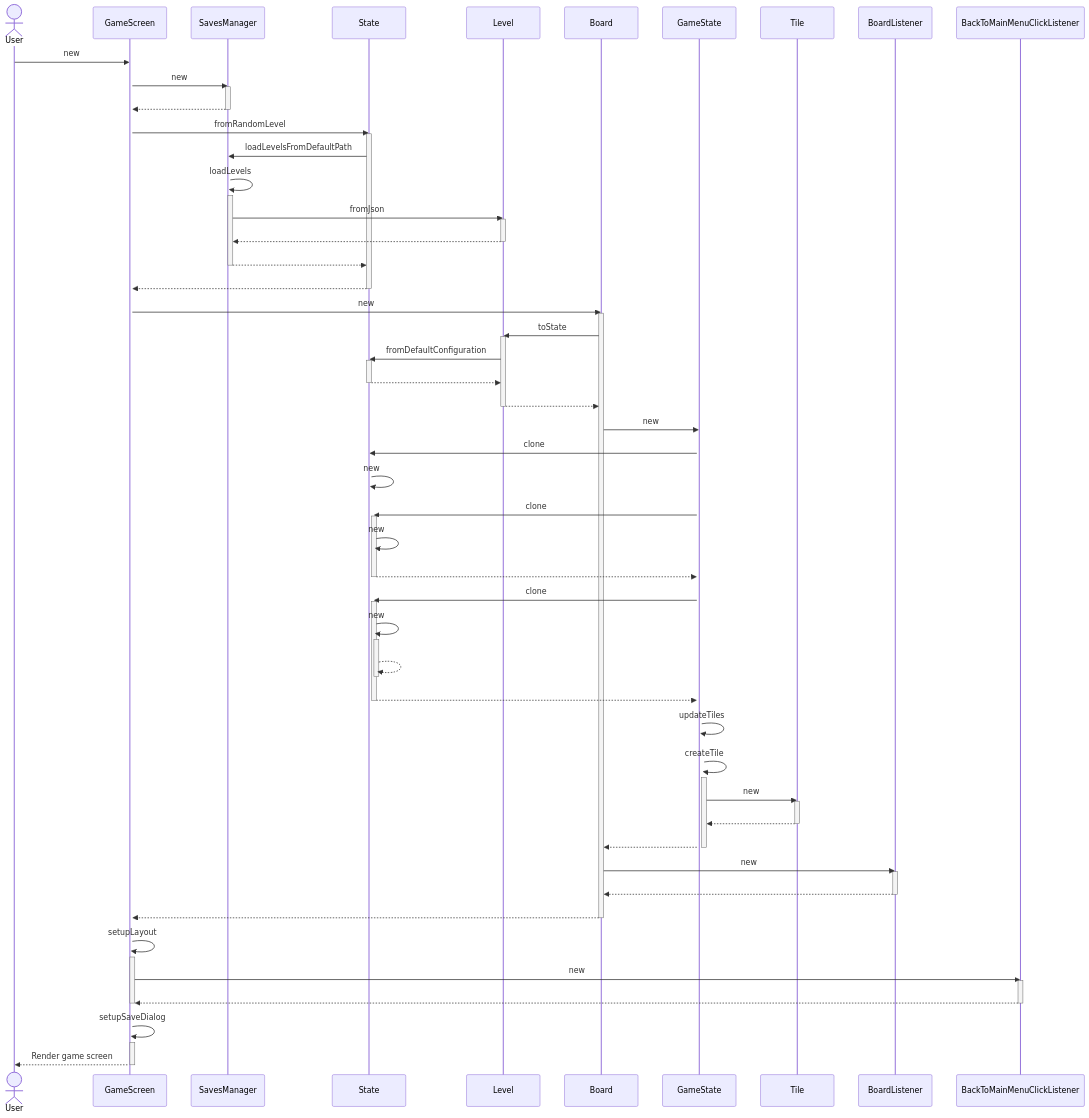
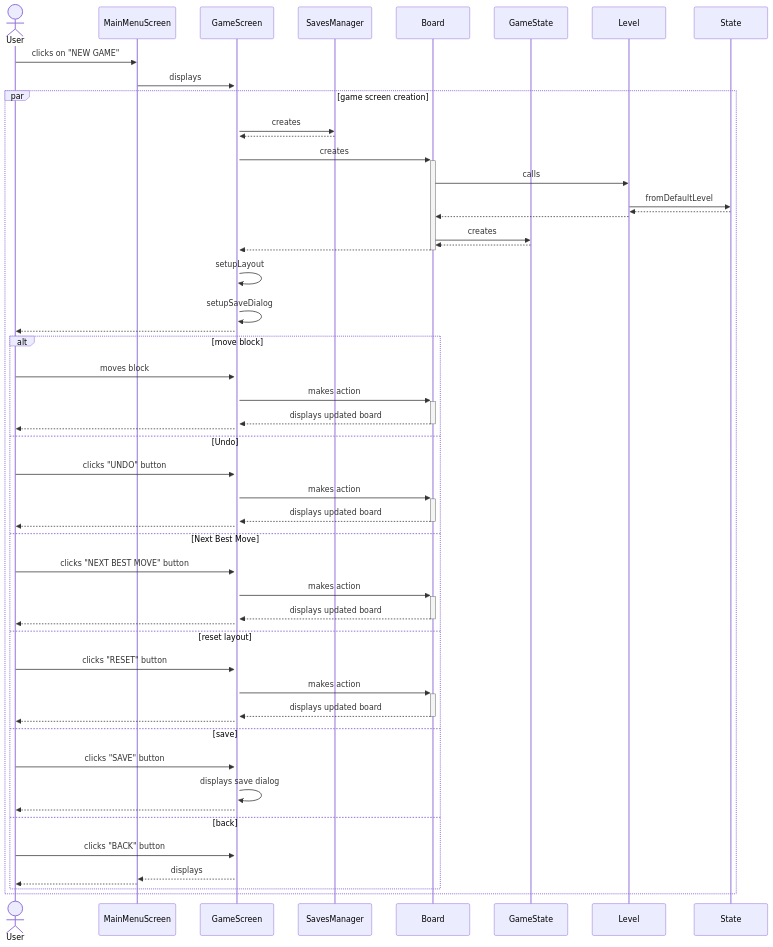
The sixth of 14 diagrams in docs/sequence_diagram/index.md (BIRSAx2/klotski), drawn with Mermaid before and after one commit. The commit also changed other lines of this file, not shown here.

Commit message:
Working on documentation

````diff
--- a/docs/sequence_diagram/index.md
+++ b/docs/sequence_diagram/index.md
@@ -194,84 +194,66 @@
 ```mermaid
 sequenceDiagram
-actor User
-User ->> GameScreen : new
-activate GameScreen
-GameScreen ->> SavesManager : new
-activate SavesManager
-SavesManager -->> GameScreen : #32; 
-deactivate SavesManager
-GameScreen ->> State : fromRandomLevel
-activate State
-State ->> SavesManager : loadLevelsFromDefaultPath
-activate SavesManager
-SavesManager ->> SavesManager : loadLevels
-activate SavesManager
-SavesManager ->> Level : fromJson
-activate Level
-Level -->> SavesManager : #32; 
-deactivate Level
-SavesManager -->> State : #32; 
-deactivate SavesManager
-State -->> GameScreen : #32; 
-deactivate State
-GameScreen ->> Board : new
-activate Board
-Board ->> Level : toState
-activate Level
-Level ->> State : fromDefaultConfiguration
-activate State
-State -->> Level : #32; 
-deactivate State
-Level -->> Board : #32; 
-deactivate Level
-Board ->> GameState : new
-activate GameState
-GameState ->> State : clone
-activate State
-State ->> State : new
-activate State
-GameState ->> State : clone
-activate State
-State ->> State : new
-State -->> GameState : #32; 
-deactivate State
-GameState ->> State : clone
-activate State
-State ->> State : new
-activate State
-State -->> State : #32; 
-deactivate State
-State -->> GameState : #32; 
-deactivate State
-GameState ->> GameState : updateTiles
-activate GameState
-GameState ->> GameState : createTile
-activate GameState
-GameState ->> Tile : new
-activate Tile
-Tile -->> GameState : #32; 
-deactivate Tile
-GameState -->> Board : #32; 
-deactivate GameState
-Board ->> BoardListener : new
-activate BoardListener
-BoardListener -->> Board : #32; 
-deactivate BoardListener
+    actor User
+    participant MainMenuScreen
+    participant GameScreen
+    participant SavesManager
+    participant Board
+    participant GameState
+    participant Level
+    participant State
 
-Board -->> GameScreen : #32; 
-deactivate Board
-GameScreen ->> GameScreen : setupLayout
-activate GameScreen
+    User ->> MainMenuScreen: clicks on "NEW GAME"
+    MainMenuScreen ->>+ GameScreen: displays 
 
-GameScreen ->> BackToMainMenuClickListener : new
-activate BackToMainMenuClickListener
-BackToMainMenuClickListener -->> GameScreen : #32; 
-deactivate BackToMainMenuClickListener
 
-deactivate GameScreen
-GameScreen ->> GameScreen : setupSaveDialog
-activate GameScreen
+    par game screen creation
 
-GameScreen -->> User: Render game screen
-deactivate GameScreen
+        GameScreen ->> SavesManager : creates
+        SavesManager -->> GameScreen : 
+
+        GameScreen ->>+ Board : creates
+        Board ->> Level: calls
+        Level ->> State: fromDefaultLevel
+        State -->> Level: 
+        Level -->> Board: 
+        Board ->> GameState: creates
+        GameState -->> Board: 
+        Board -->>- GameScreen: 
+
+        GameScreen->>GameScreen: setupLayout
+        
+        GameScreen->>GameScreen: setupSaveDialog
+
+        GameScreen -->> User: 
+
+        alt move block
+            User ->> GameScreen: moves block
+            GameScreen ->>+ Board: makes action
+            Board -->>- GameScreen: displays updated board
+            GameScreen -->> User: 
+        else Undo
+            User ->> GameScreen: clicks "UNDO" button
+            GameScreen ->>+ Board: makes action
+            Board -->>- GameScreen: displays updated board
+            GameScreen -->> User: 
+        else Next Best Move
+            User ->> GameScreen: clicks "NEXT BEST MOVE" button
+            GameScreen ->>+ Board: makes action
+            Board -->>- GameScreen: displays updated board
+            GameScreen -->> User: 
+        else reset layout
+            User ->> GameScreen: clicks "RESET" button
+            GameScreen ->>+ Board: makes action
+            Board -->>- GameScreen: displays updated board
+            GameScreen -->> User: 
+        else save
+            User ->> GameScreen: clicks "SAVE" button
+            GameScreen ->> GameScreen: displays save dialog
+            GameScreen -->> User: 
+        else back
+            User->>GameScreen: clicks "BACK" button
+            GameScreen-->>MainMenuScreen: displays
+            MainMenuScreen -->> User: 
+        end
+end
 ```
````
